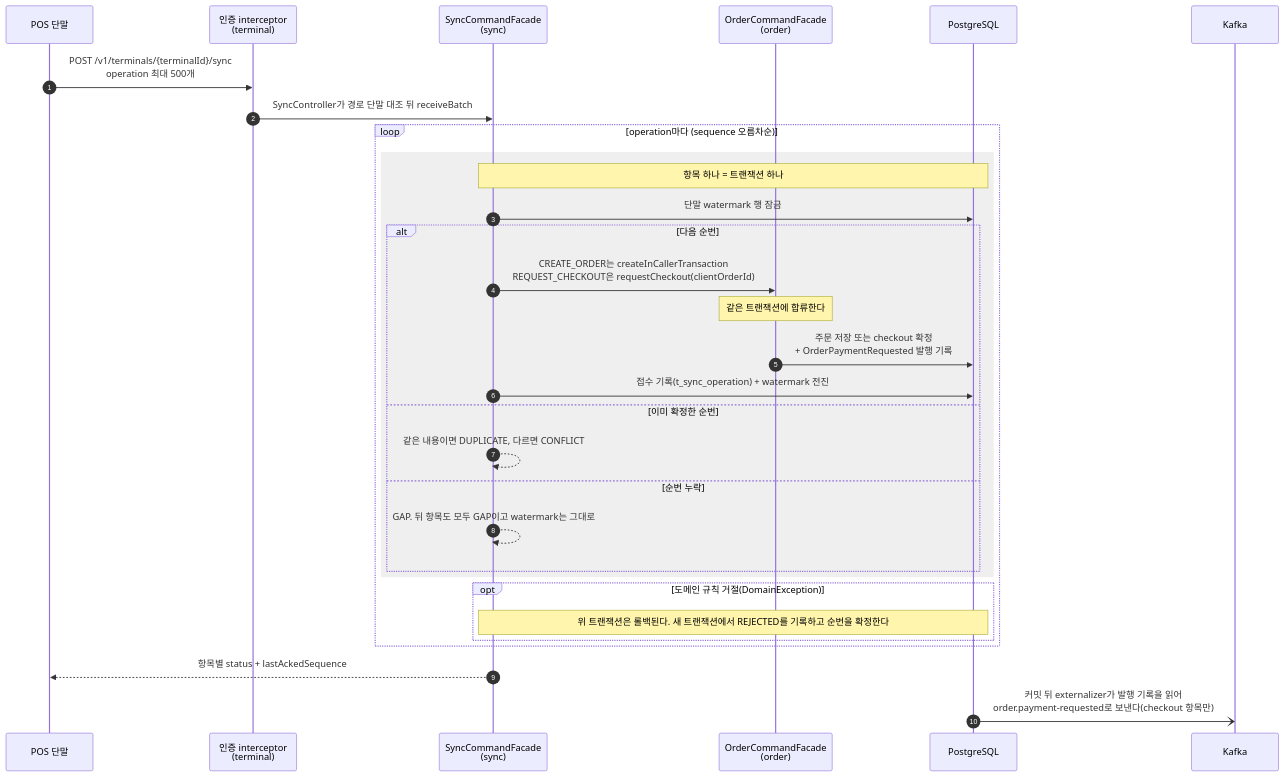
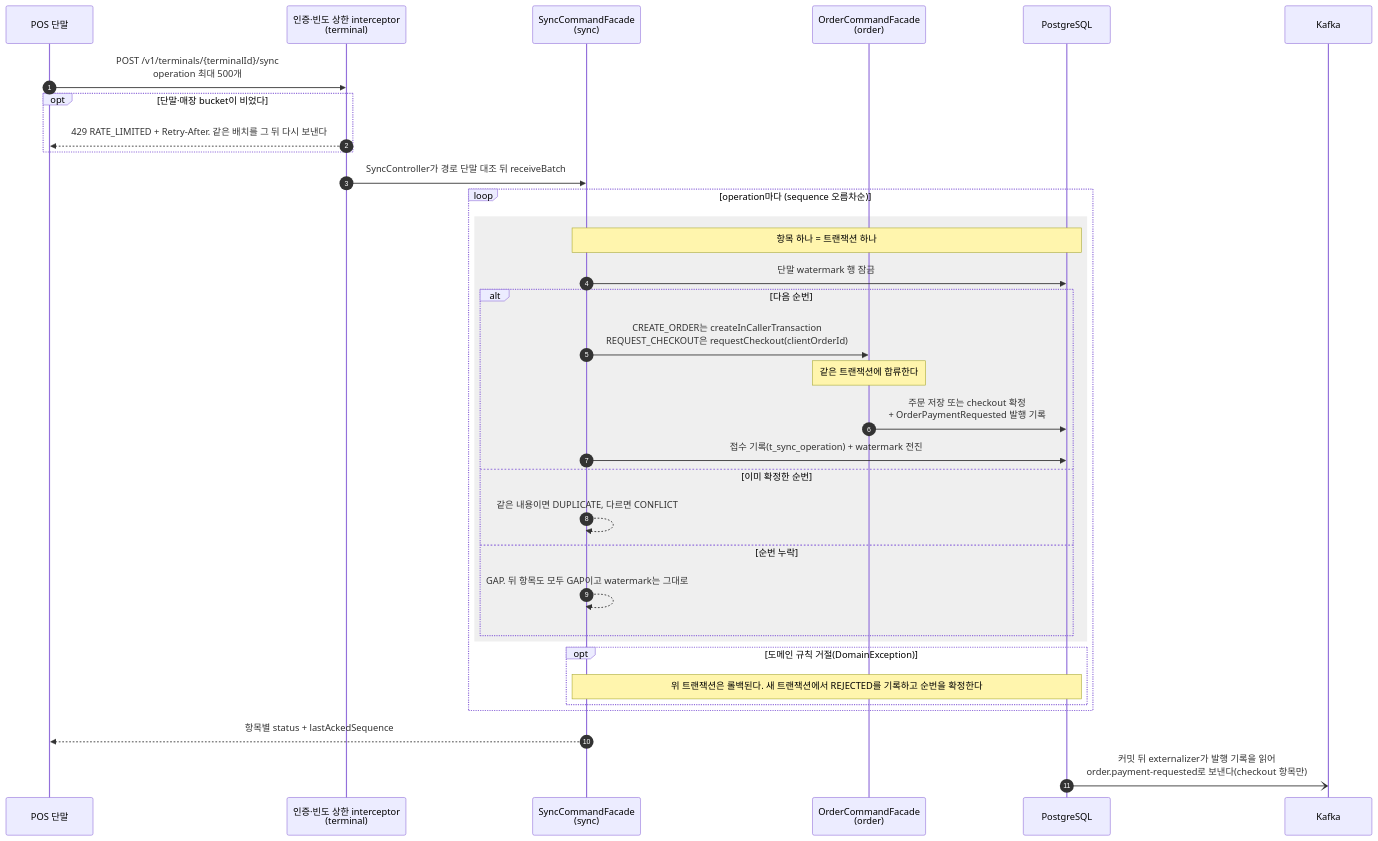
Before and after one commit to char-labs/ResilientPOS: the first of 4 diagrams in docs/wiki/architecture.md, drawn with Mermaid. The commit also changed other lines of this file and 34 other files, not shown here.

First line of the commit message:
feat(terminal): 단말·매장 단위 inbound rate limit을 건다 (#102)

````diff
--- a/docs/wiki/architecture.md
+++ b/docs/wiki/architecture.md
@@ -42,34 +42,37 @@
 ```mermaid
 sequenceDiagram
     autonumber
     participant POS as POS 단말
-    participant AUTH as 인증 interceptor<br/>(terminal)
+    participant AUTH as 인증·빈도 상한 interceptor<br/>(terminal)
     participant SF as SyncCommandFacade<br/>(sync)
     participant OF as OrderCommandFacade<br/>(order)
     participant DB as PostgreSQL
     participant K as Kafka
 
     POS->>AUTH: POST /v1/terminals/{terminalId}/sync<br/>operation 최대 500개
+    opt 단말·매장 bucket이 비었다
+        AUTH-->>POS: 429 RATE_LIMITED + Retry-After. 같은 배치를 그 뒤 다시 보낸다
+    end
     AUTH->>SF: SyncController가 경로 단말 대조 뒤 receiveBatch
     loop operation마다 (sequence 오름차순)
         rect rgba(127, 127, 127, 0.12)
             Note over SF,DB: 항목 하나 = 트랜잭션 하나
             SF->>DB: 단말 watermark 행 잠금
             alt 다음 순번
                 SF->>OF: CREATE_ORDER는 createInCallerTransaction<br/>REQUEST_CHECKOUT은 requestCheckout(clientOrderId)
                 Note over OF: 같은 트랜잭션에 합류한다
                 OF->>DB: 주문 저장 또는 checkout 확정<br/>+ OrderPaymentRequested 발행 기록
                 SF->>DB: 접수 기록(t_sync_operation) + watermark 전진
             else 이미 확정한 순번
                 SF-->>SF: 같은 내용이면 DUPLICATE, 다르면 CONFLICT
             else 순번 누락
                 SF-->>SF: GAP. 뒤 항목도 모두 GAP이고 watermark는 그대로
             end
         end
         opt 도메인 규칙 거절(DomainException)
             Note over SF,DB: 위 트랜잭션은 롤백된다. 새 트랜잭션에서 REJECTED를 기록하고 순번을 확정한다
         end
     end
     SF-->>POS: 항목별 status + lastAckedSequence
     DB-)K: 커밋 뒤 externalizer가 발행 기록을 읽어<br/>order.payment-requested로 보낸다(checkout 항목만)
 ```
````
